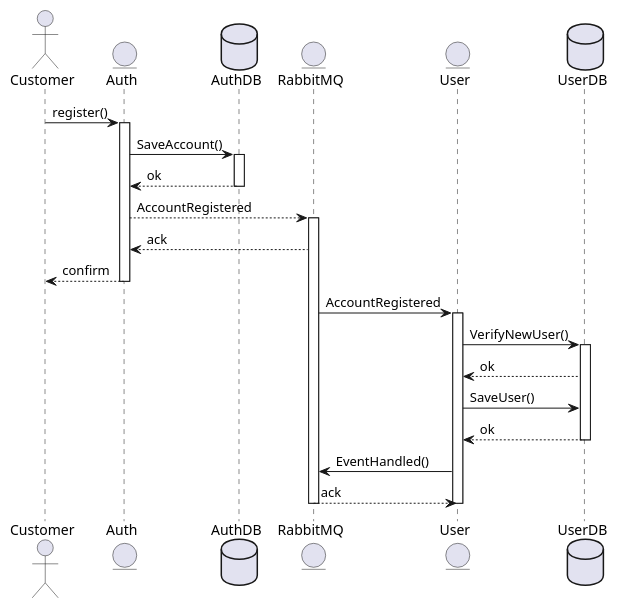
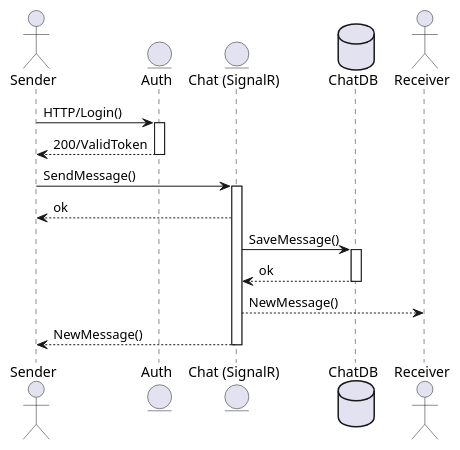
Before and after one commit to ldeluigi/microchat: the third of 4 diagrams in docs/architecture/sequence-diagram.md, drawn with PlantUML.

Commit message:
Fix some errors, WIP

````diff
--- a/docs/architecture/sequence-diagram.md
+++ b/docs/architecture/sequence-diagram.md
@@ -80,33 +100,23 @@
 ```plantuml
-@startuml NewUser
-actor Customer
+@startuml SendMessage
+actor Sender
 entity Auth
-database AuthDB
-entity RabbitMQ
-entity User
-database UserDB
-Customer -> Auth : register()
+entity "Chat (SignalR)" as Chat
+database ChatDB
+actor Receiver
+Sender -> Auth : HTTP/Login()
 activate Auth
-Auth -> AuthDB : SaveAccount()
-activate AuthDB
-AuthDB --> Auth : ok
-deactivate AuthDB
-Auth --> RabbitMQ : AccountRegistered
-activate RabbitMQ
-RabbitMQ --> Auth : ack
-Auth --> Customer : confirm
+Auth -->  Sender : 200/ValidToken
 deactivate Auth
-RabbitMQ -> User : AccountRegistered
-activate User
-User -> UserDB : VerifyNewUser()
-activate UserDB
-UserDB --> User : ok
-User -> UserDB : SaveUser()
-UserDB --> User : ok
-deactivate UserDB
-User -> RabbitMQ : EventHandled()
-RabbitMQ --> User : ack
-deactivate User
-deactivate RabbitMQ
+Sender ->  Chat : SendMessage()
+activate Chat
+Chat -->  Sender : ok
+Chat -> ChatDB : SaveMessage()
+activate ChatDB
+ChatDB --> Chat : ok
+deactivate ChatDB
+Chat --> Receiver : NewMessage()
+Chat --> Sender : NewMessage()
+deactivate Chat
 @enduml
 ```
````
